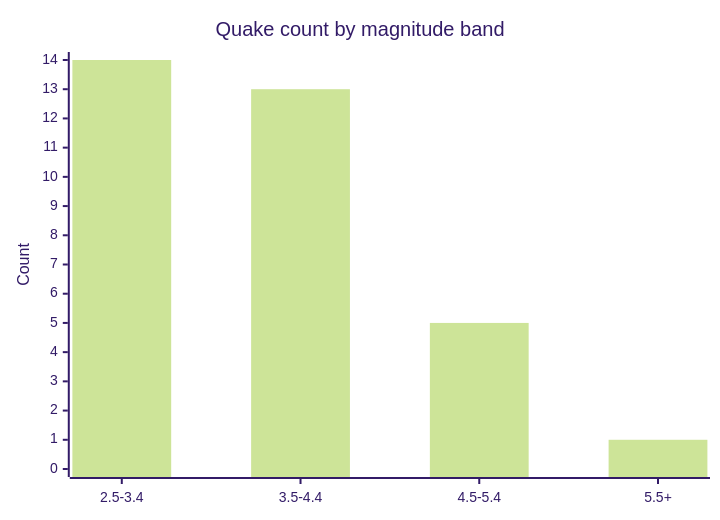
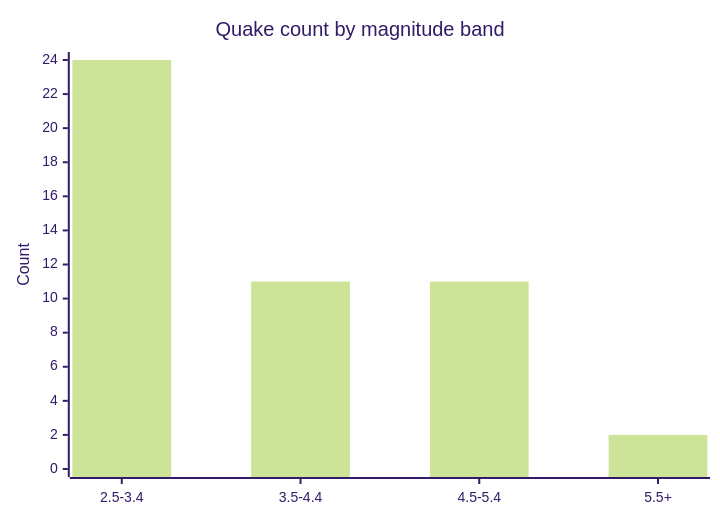
One commit to Midwest-Stratospheric/aerostratospheric-defense-gir changed the fifth of 6 diagrams in docs/GRAPHS.md. Above: the diagram before and after it, drawn with Mermaid (forest theme). The commit also changed other lines of this file and 23 other files, not shown here.

````diff
--- a/docs/GRAPHS.md
+++ b/docs/GRAPHS.md
@@ -82,7 +82,7 @@
 ```mermaid
 xychart-beta
   title "Quake count by magnitude band"
   x-axis ["2.5-3.4", "3.5-4.4", "4.5-5.4", "5.5+"]
-  y-axis "Count" 0 --> 14
-  bar [14, 13, 5, 1]
+  y-axis "Count" 0 --> 24
+  bar [24, 11, 11, 2]
 ```
````
